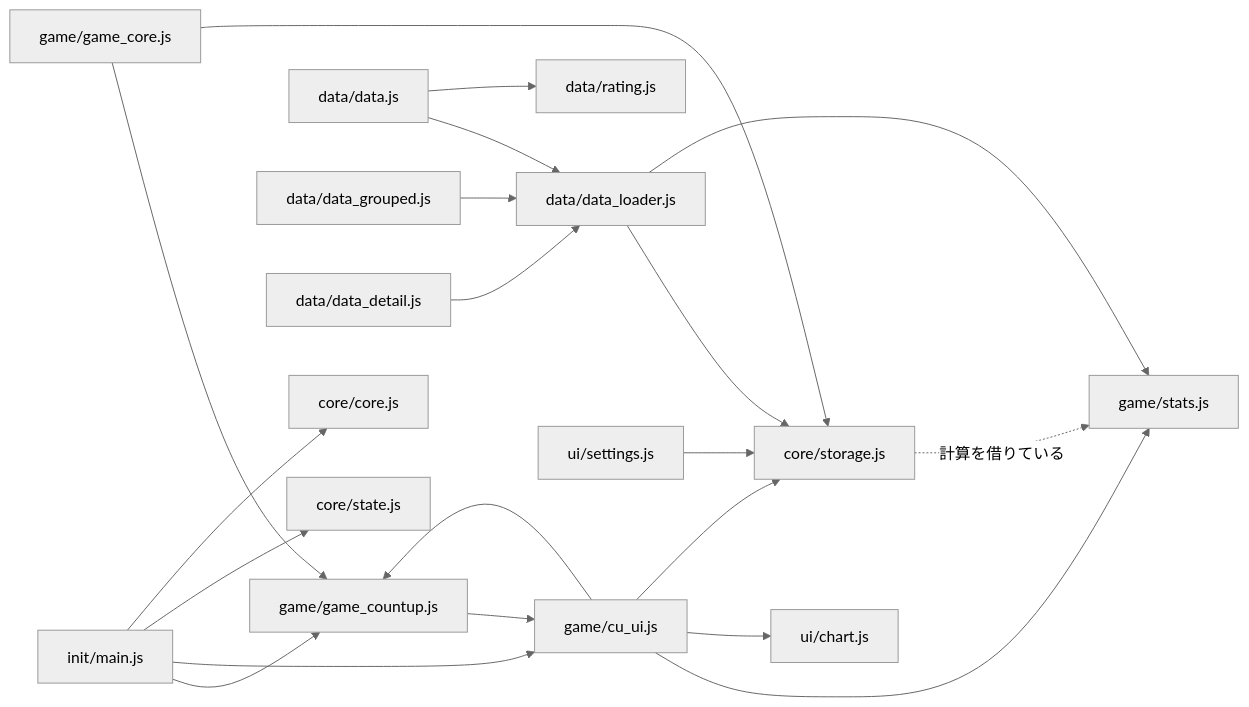
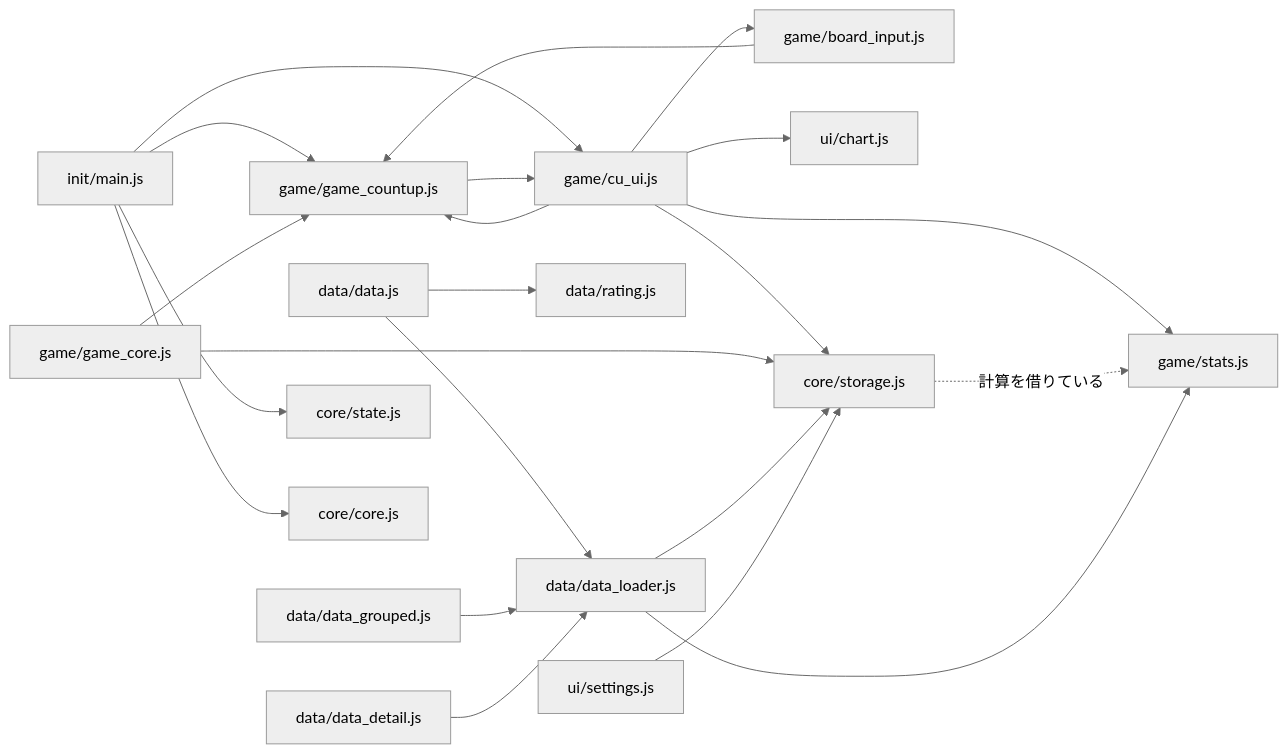
Before and after one commit to izayoisinya/darts-practice: the diagram in docs/design.md, drawn with Mermaid (neutral theme). The commit also changed other lines of this file and 12 other files, not shown here.

````diff
--- a/docs/design.md
+++ b/docs/design.md
@@ -592,22 +620,24 @@
 ```mermaid
 graph LR
   main[init/main.js] --> gc[game/game_countup.js]
   main --> cui[game/cu_ui.js]
+  cui --> board[game/board_input.js]
+  board --> gc
   cui --> gc
   gc --> cui
   gcore[game/game_core.js] --> gc
   cui --> stats[game/stats.js]
   cui --> chart[ui/chart.js]
   cui --> storage[core/storage.js]
   gcore --> storage
   storage -. 計算を借りている .-> stats
   dl[data/data_loader.js] --> storage
   dl --> stats
   data[data/data.js] --> dl
   data --> rating[data/rating.js]
   dg[data/data_grouped.js] --> dl
   dd[data/data_detail.js] --> dl
   settings[ui/settings.js] --> storage
   main --> state[core/state.js]
   main --> core[core/core.js]
 ```
````
